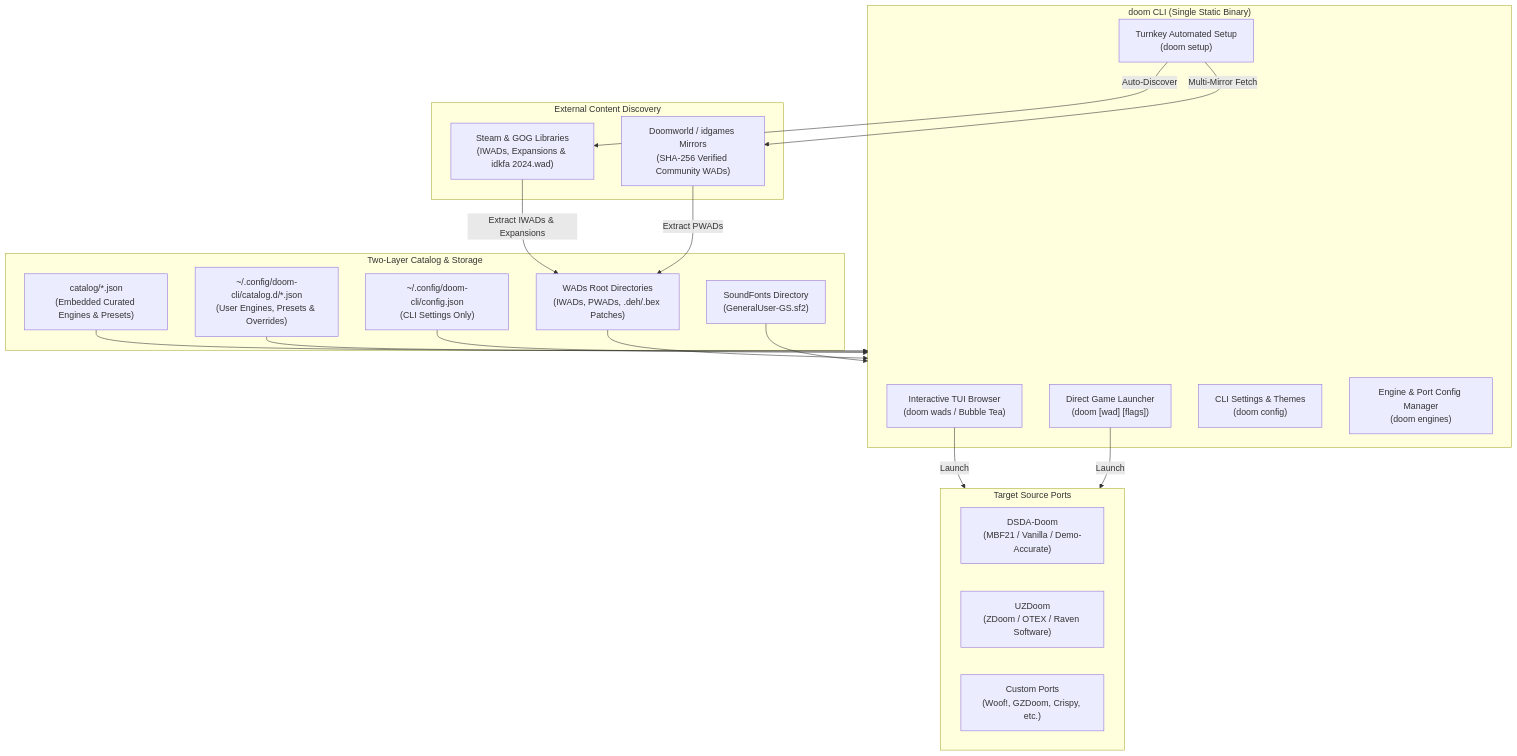
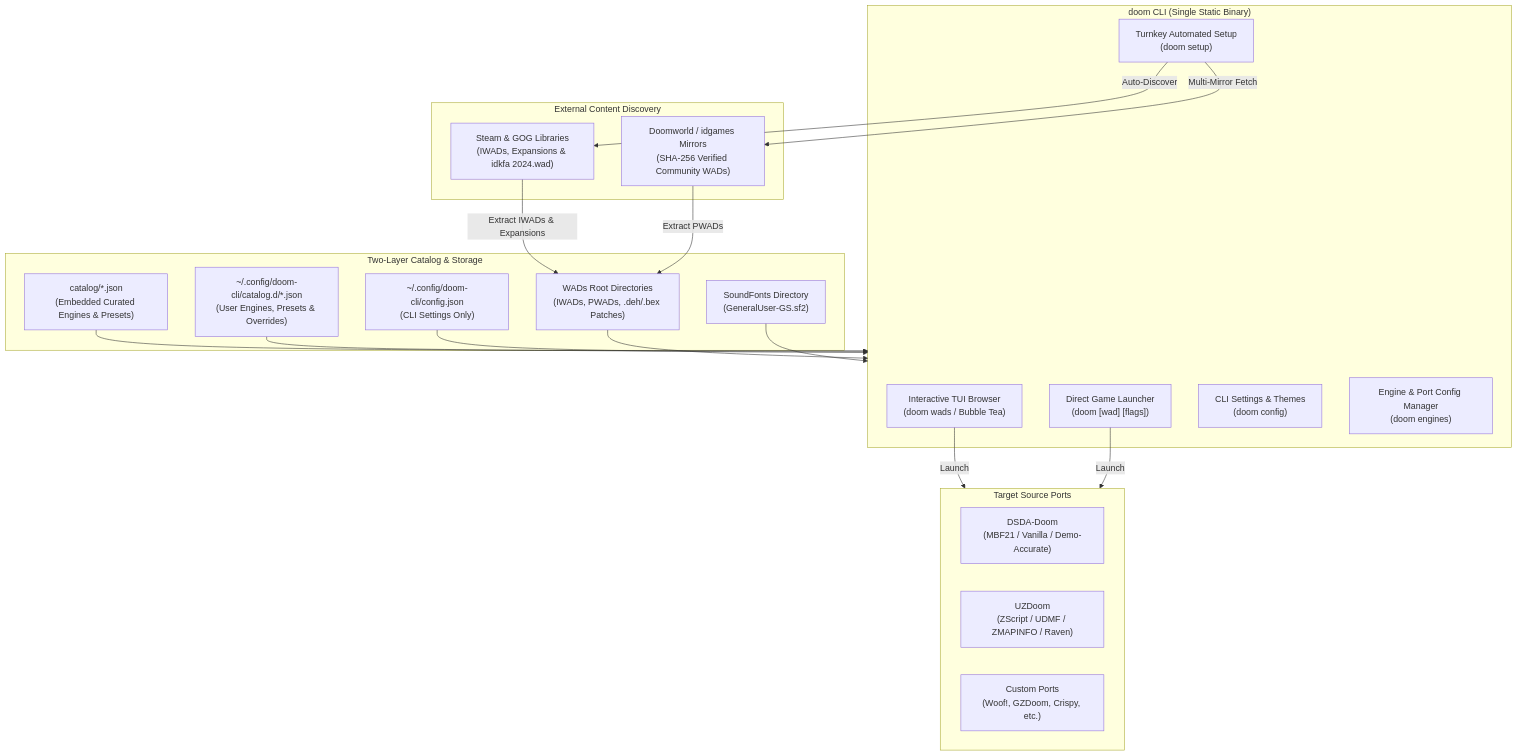
The diagram in CONTRIBUTING.md (lock14/doom-cli), drawn with Mermaid before and after one commit. The commit also changed other lines of this file and 9 other files, not shown here.

````diff
--- a/CONTRIBUTING.md
+++ b/CONTRIBUTING.md
@@ -111,43 +117,43 @@
 ```mermaid
 flowchart TD
     subgraph CLI ["doom CLI (Single Static Binary)"]
         TUI["Interactive TUI Browser\n(doom wads / Bubble Tea)"]
         Setup["Turnkey Automated Setup\n(doom setup)"]
         Launch["Direct Game Launcher\n(doom [wad] [flags])"]
         ConfigMgr["CLI Settings & Themes\n(doom config)"]
         EngineMgr["Engine & Port Config Manager\n(doom engines)"]
     end
 
     subgraph Data ["Two-Layer Catalog & Storage"]
         CatalogDir["catalog/*.json\n(Embedded Curated Engines & Presets)"]
         UserCatalogDir["~/.config/doom-cli/catalog.d/*.json\n(User Engines, Presets & Overrides)"]
         UserConfig["~/.config/doom-cli/config.json\n(CLI Settings Only)"]
         WADsDir["WADs Root Directories\n(IWADs, PWADs, .deh/.bex Patches)"]
         SoundFontsDir["SoundFonts Directory\n(GeneralUser-GS.sf2)"]
     end
 
     subgraph External ["External Content Discovery"]
         Steam["Steam & GOG Libraries\n(IWADs, Expansions & idkfa 2024.wad)"]
         Mirrors["Doomworld / idgames Mirrors\n(SHA-256 Verified Community WADs)"]
     end
 
     subgraph Engines ["Target Source Ports"]
         DSDA["DSDA-Doom\n(MBF21 / Vanilla / Demo-Accurate)"]
-        UZDoom["UZDoom\n(ZDoom / OTEX / Raven Software)"]
+        UZDoom["UZDoom\n(ZScript / UDMF / ZMAPINFO / Raven)"]
         CustomEngines["Custom Ports\n(Woof!, GZDoom, Crispy, etc.)"]
     end
 
     Setup -->|Auto-Discover| Steam
     Setup -->|Multi-Mirror Fetch| Mirrors
     Steam -->|Extract IWADs & Expansions| WADsDir
     Mirrors -->|Extract PWADs| WADsDir
 
     CatalogDir --> CLI
     UserCatalogDir --> CLI
     UserConfig --> CLI
     WADsDir --> CLI
     SoundFontsDir --> CLI
 
     TUI -->|Launch| Engines
     Launch -->|Launch| Engines
 ```
````
